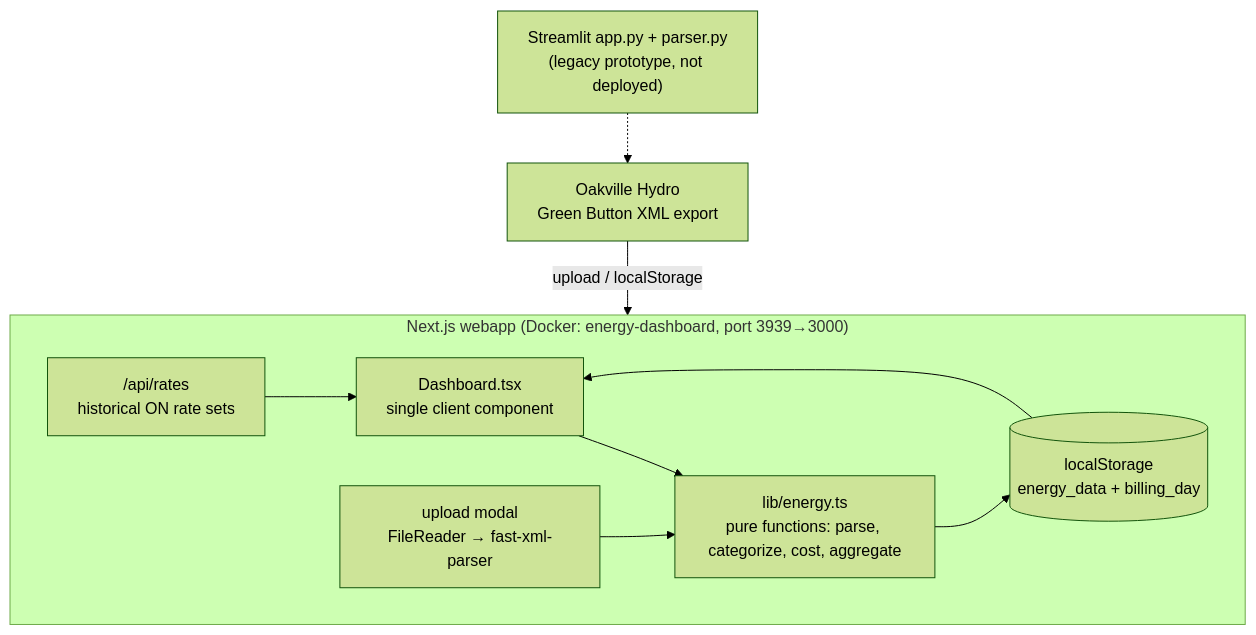
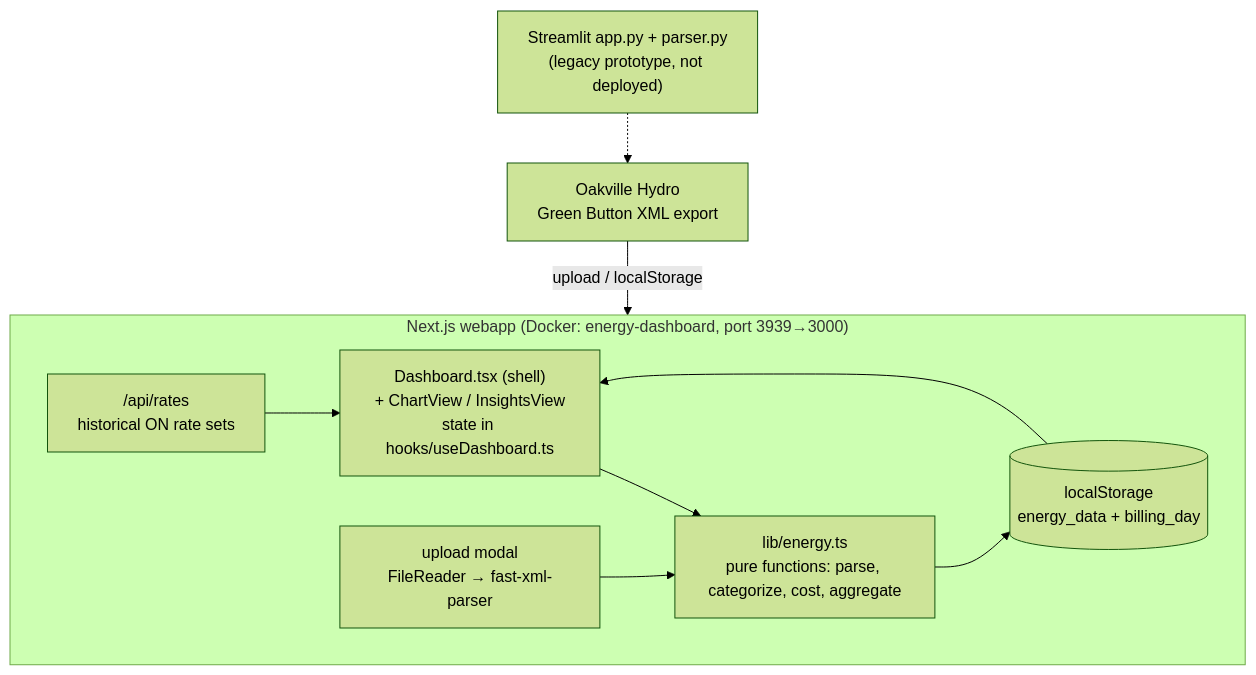
One commit to margosmark/electricity-dashboard changed the diagram in ARCHITECTURE.md. Above: the diagram before and after it, drawn with Mermaid (forest theme). The commit also changed other lines of this file and 9 other files, not shown here.

First line of the commit message:
feat(webapp): data-full first-load window, whole-dataset totals strip, ChartView/InsightsView split

````diff
--- a/ARCHITECTURE.md
+++ b/ARCHITECTURE.md
@@ -9,13 +9,13 @@
 ```mermaid
 flowchart TB
     GB["Oakville Hydro<br/>Green Button XML export"] -->|upload / localStorage| WEB
     subgraph WEB["Next.js webapp (Docker: energy-dashboard, port 3939→3000)"]
         API["/api/rates<br/>historical ON rate sets"] --> DASH
-        DASH["Dashboard.tsx<br/>single client component"] --> LIB["lib/energy.ts<br/>pure functions: parse, categorize, cost, aggregate"]
+        DASH["Dashboard.tsx (shell)<br/>+ ChartView / InsightsView<br/>state in hooks/useDashboard.ts"] --> LIB["lib/energy.ts<br/>pure functions: parse, categorize, cost, aggregate"]
         UPLOAD["upload modal<br/>FileReader → fast-xml-parser"] --> LIB
         LIB --> LS[("localStorage<br/>energy_data + billing_day")]
         LS --> DASH
     end
 
     ST["Streamlit app.py + parser.py<br/>(legacy prototype, not deployed)"] -.-> GB
 ```
````
